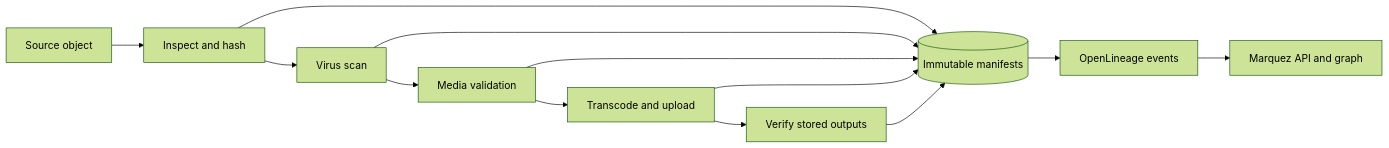
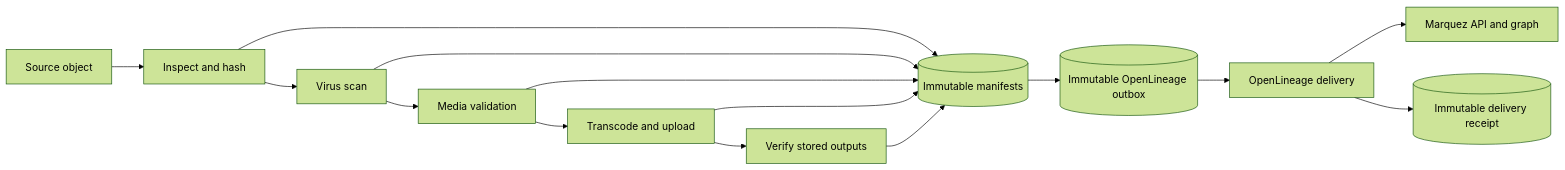
Before and after one commit to KG-khangelani/babelapha: the diagram in Documentation/pipeline-transparency.md, drawn with Mermaid (forest theme). The commit also changed other lines of this file and 6 other files, not shown here.

Commit message:
Add durable OpenLineage delivery replay

````diff
--- a/Documentation/pipeline-transparency.md
+++ b/Documentation/pipeline-transparency.md
@@ -7,17 +7,19 @@
 ```mermaid
 flowchart LR
     U[Source object] --> H[Inspect and hash]
     H --> S[Virus scan]
     S --> V[Media validation]
     V --> T[Transcode and upload]
     T --> Q[Verify stored outputs]
 
     H --> P[(Immutable manifests)]
     S --> P
     V --> P
     T --> P
     Q --> P
 
-    P --> O[OpenLineage events]
+    P --> X[(Immutable OpenLineage outbox)]
+    X --> O[OpenLineage delivery]
     O --> M[Marquez API and graph]
+    O --> R[(Immutable delivery receipt)]
 ```
````
